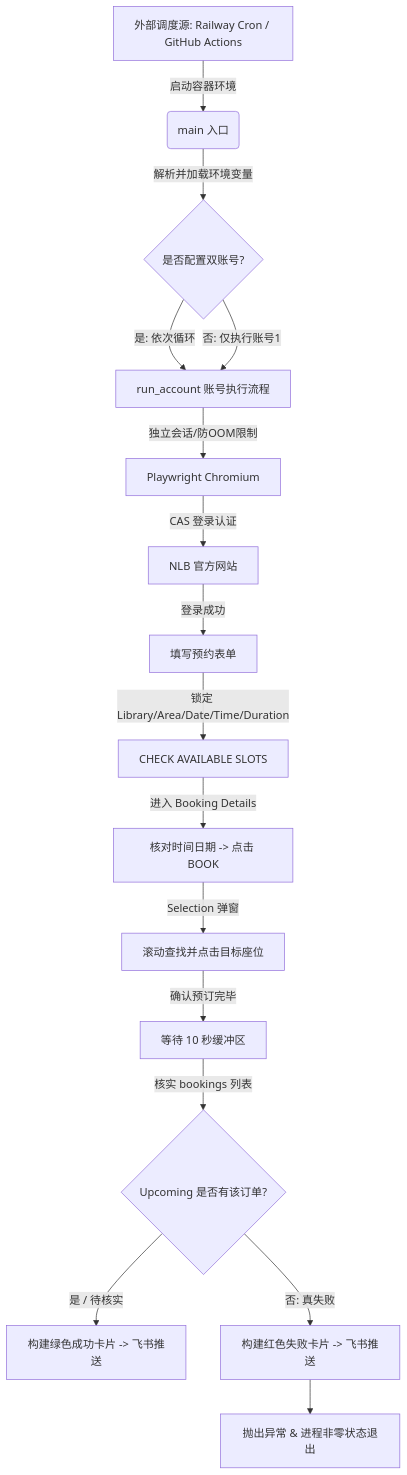
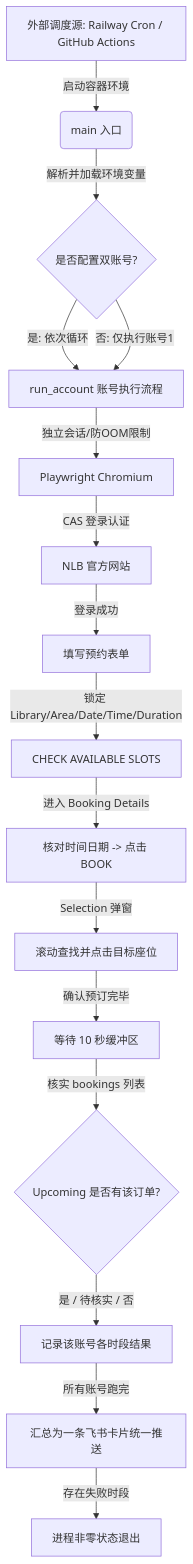
One commit to tongzhouliu-sys/nlb changed the diagram in README.md. Above: the diagram before and after it, drawn with Mermaid. The commit also changed other lines of this file and 1 other file, not shown here.

````diff
--- a/README.md
+++ b/README.md
@@ -33,18 +33,18 @@
 ```mermaid
 graph TD
     A[外部调度源: Railway Cron / GitHub Actions] -->|启动容器环境| B(main 入口)
     B -->|解析并加载环境变量| C{是否配置双账号?}
     C -->|是: 依次循环| D[run_account 账号执行流程]
     C -->|否: 仅执行账号1| D
     D -->|独立会话/防OOM限制| E[Playwright Chromium]
     E -->|CAS 登录认证| F[NLB 官方网站]
     F -->|登录成功| G[填写预约表单]
     G -->|锁定 Library/Area/Date/Time/Duration| H[CHECK AVAILABLE SLOTS]
     H -->|进入 Booking Details| I[核对时间日期 -> 点击 BOOK]
     I -->|Selection 弹窗| J[滚动查找并点击目标座位]
     J -->|确认预订完毕| K[等待 10 秒缓冲区]
     K -->|核实 bookings 列表| L{Upcoming 是否有该订单?}
-    L -->|是 / 待核实| M[构建绿色成功卡片 -> 飞书推送]
-    L -->|否: 真失败| N[构建红色失败卡片 -> 飞书推送]
-    N --> O[抛出异常 & 进程非零状态退出]
+    L -->|是 / 待核实 / 否| M[记录该账号各时段结果]
+    M -->|所有账号跑完| N[汇总为一条飞书卡片统一推送]
+    N -->|存在失败时段| O[进程非零状态退出]
 ```
````
